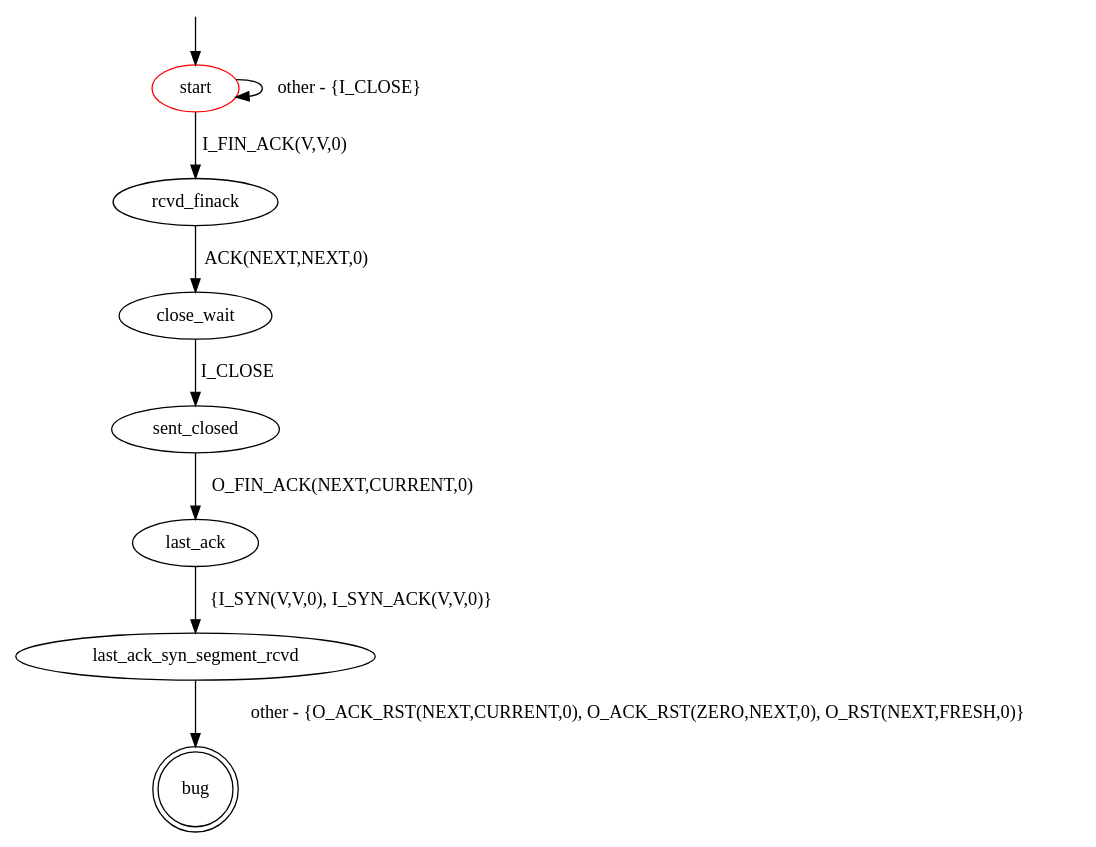
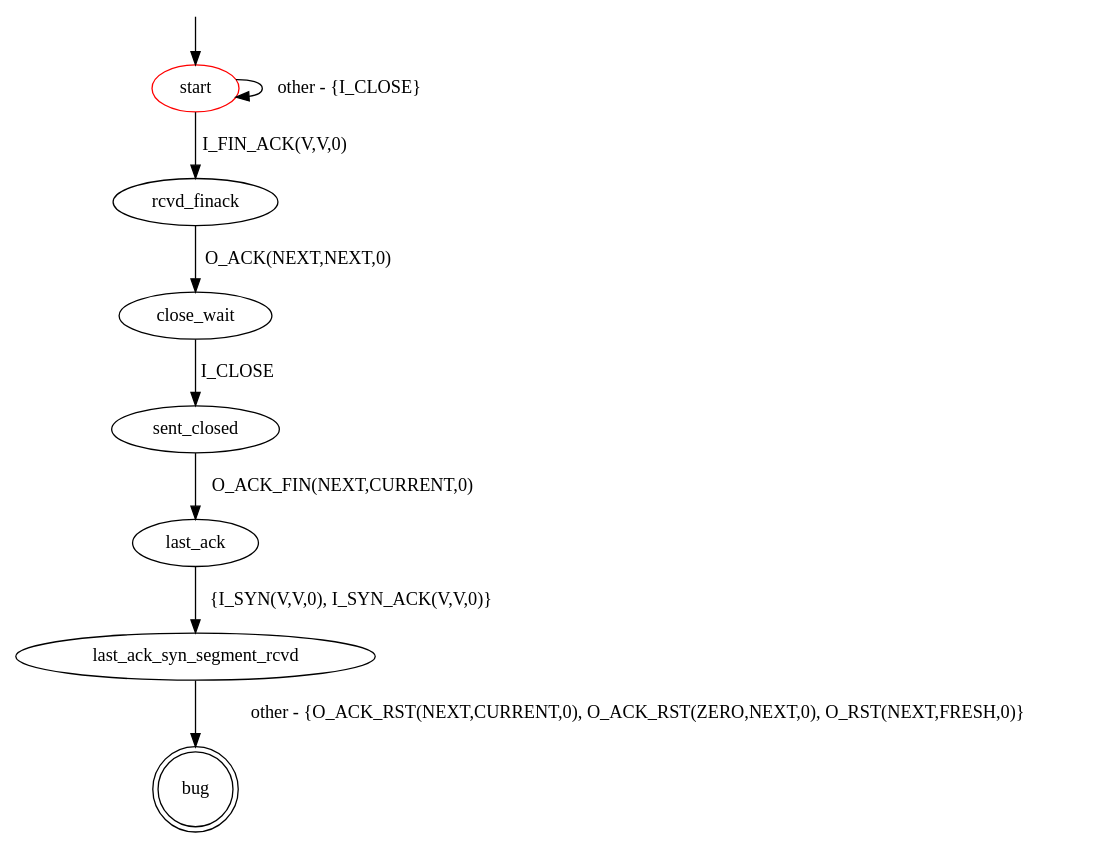
The diagram in src/main/resources/patterns/tcp/client/invalid_response_to_syn_segment_last_ack.dot (assist-project/state-machine-bug-finder), drawn with Graphviz before and after one commit. The commit also changed 19 other files, not shown here.

```diff
--- a/src/main/resources/patterns/tcp/client/invalid_response_to_syn_segment_last_ack.dot
+++ b/src/main/resources/patterns/tcp/client/invalid_response_to_syn_segment_last_ack.dot
@@ -1,21 +1,22 @@
 digraph G {
 label=""
 start [color="red"]
 bug [shape="doublecircle"]
 
 start -> start [label="other - {I_CLOSE}"]
+
 start -> rcvd_finack [label="I_FIN_ACK(V,V,0)"]
 
-rcvd_finack -> close_wait [label="ACK(NEXT,NEXT,0)"]
+rcvd_finack -> close_wait [label="O_ACK(NEXT,NEXT,0)"]
 
 close_wait -> sent_closed [label="I_CLOSE"]
 
-sent_closed -> last_ack [label="O_FIN_ACK(NEXT,CURRENT,0)"]
+sent_closed -> last_ack [label="O_ACK_FIN(NEXT,CURRENT,0)"]
 
 last_ack -> last_ack_syn_segment_rcvd [label="{I_SYN(V,V,0), I_SYN_ACK(V,V,0)}"]
 
 last_ack_syn_segment_rcvd -> bug [label="other - {O_ACK_RST(NEXT,CURRENT,0), O_ACK_RST(ZERO,NEXT,0), O_RST(NEXT,FRESH,0)}"]
 
 __start0 [label="" shape="none" width="0" height="0"];
 __start0 -> start;
 }
```
